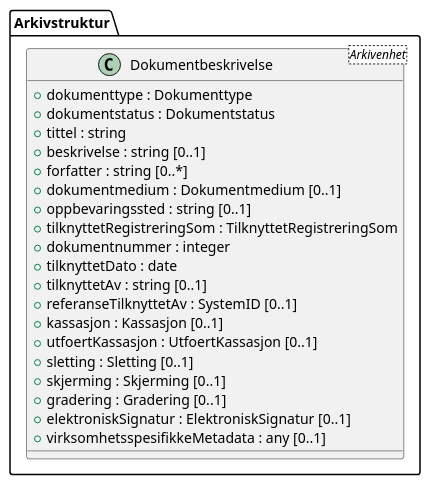
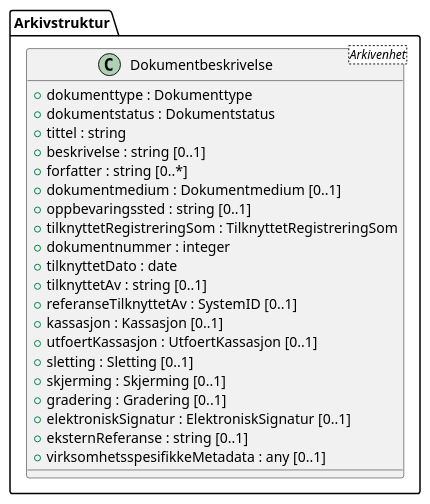
Before and after one commit to arkivverket/noark5-tjenestegrensesnitt-standard: the diagram in kapitler/media/uml-class-dokumentbeskrivelse.iuml, drawn with PlantUML. The commit also changed 4 other files, not shown here.

```diff
--- a/kapitler/media/uml-class-dokumentbeskrivelse.iuml
+++ b/kapitler/media/uml-class-dokumentbeskrivelse.iuml
@@ -1,23 +1,24 @@
 @startuml
 class Arkivstruktur.Dokumentbeskrivelse <Arkivenhet> {
   +dokumenttype : Dokumenttype
   +dokumentstatus : Dokumentstatus
   +tittel : string
   +beskrivelse : string [0..1]
   +forfatter : string [0..*]
   +dokumentmedium : Dokumentmedium [0..1]
   +oppbevaringssted : string [0..1]
   +tilknyttetRegistreringSom : TilknyttetRegistreringSom
   +dokumentnummer : integer
   +tilknyttetDato : date
   +tilknyttetAv : string [0..1]
   +referanseTilknyttetAv : SystemID [0..1]
   +kassasjon : Kassasjon [0..1]
   +utfoertKassasjon : UtfoertKassasjon [0..1]
   +sletting : Sletting [0..1]
   +skjerming : Skjerming [0..1]
   +gradering : Gradering [0..1]
   +elektroniskSignatur : ElektroniskSignatur [0..1]
+  +eksternReferanse : string [0..1]
   +virksomhetsspesifikkeMetadata : any [0..1]
 }
 @enduml
```
